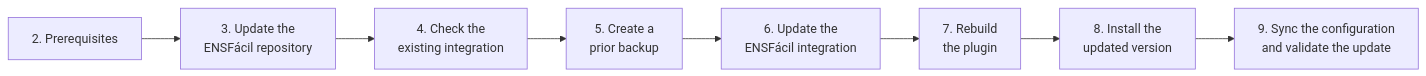
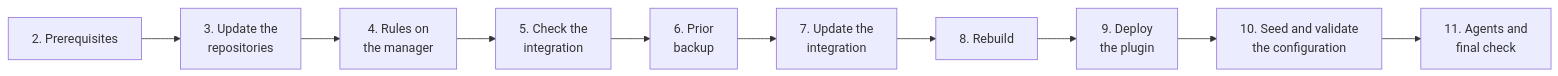
The diagram in docs/deployment/02-updating-an-existing-environment.en.md (arseniteio/power-ens), drawn with Mermaid before and after one commit. The commit also changed other lines of this file and 7 other files, not shown here.

````diff
--- a/docs/deployment/02-updating-an-existing-environment.en.md
+++ b/docs/deployment/02-updating-an-existing-environment.en.md
@@ -15,10 +12,12 @@
 ```mermaid
 flowchart LR
-  A["2. Prerequisites"] --> B["3. Update the<br/>ENSFácil repository"]
-  B --> C["4. Check the<br/>existing integration"]
-  C --> D["5. Create a<br/>prior backup"]
-  D --> E["6. Update the<br/>ENSFácil integration"]
-  E --> F["7. Rebuild<br/>the plugin"]
-  F --> G["8. Install the<br/>updated version"]
-  G --> H["9. Sync the configuration<br/>and validate the update"]
+  A["2. Prerequisites"] --> B["3. Update the<br/>repositories"]
+  B --> C["4. Rules on<br/>the manager"]
+  C --> D["5. Check the<br/>integration"]
+  D --> E["6. Prior<br/>backup"]
+  E --> F["7. Update the<br/>integration"]
+  F --> G["8. Rebuild"]
+  G --> H["9. Deploy<br/>the plugin"]
+  H --> I["10. Seed and validate<br/>the configuration"]
+  I --> J["11. Agents and<br/>final check"]
 ```
````
